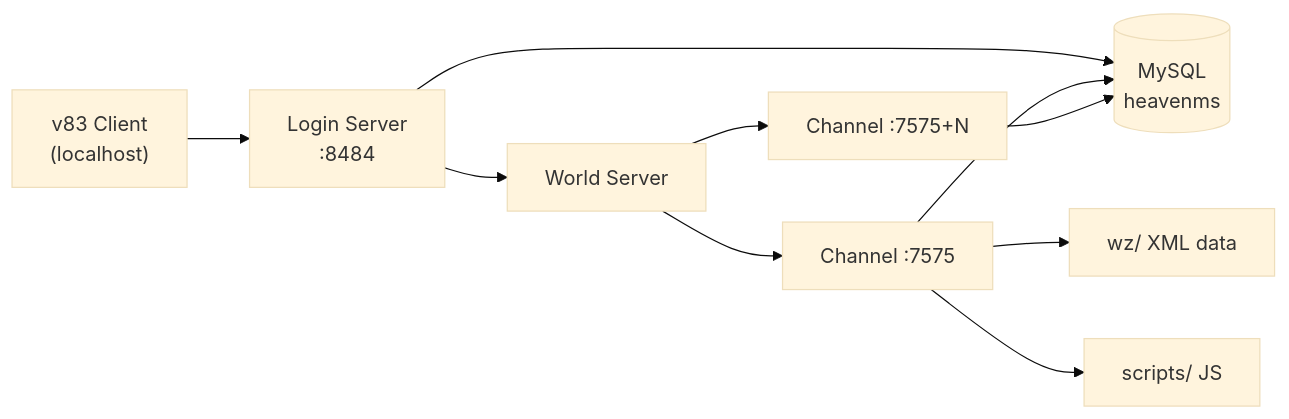
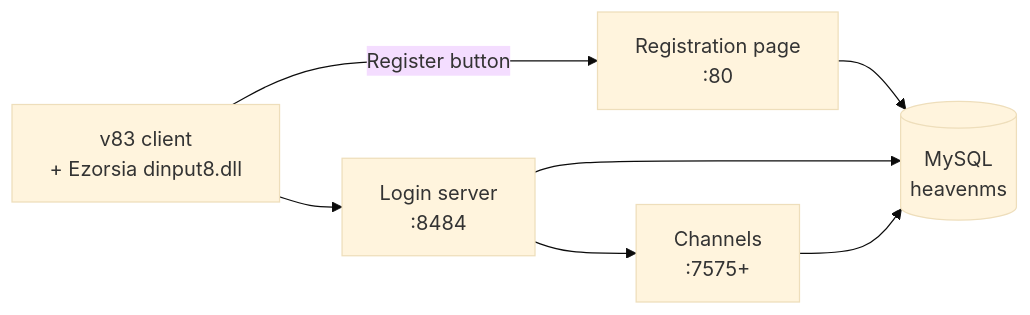
The diagram in README.md (coka13/RafaelMS), drawn with Mermaid (base theme) before and after one commit. The commit also changed other lines of this file, not shown here.

````diff
--- a/README.md
+++ b/README.md
@@ -364,21 +278,14 @@
 ```mermaid
 flowchart LR
-    Client["v83 Client\n(localhost)"]
-    Login["Login Server\n:8484"]
-    World["World Server"]
-    Ch1["Channel :7575"]
-    ChN["Channel :7575+N"]
-    DB[("MySQL\nheavenms")]
-    WZ["wz/ XML data"]
-    Scripts["scripts/ JS"]
+    Client["v83 client<br/>+ Ezorsia dinput8.dll"]
+    Web["Registration page<br/>:80"]
+    Login["Login server<br/>:8484"]
+    Ch["Channels<br/>:7575+"]
+    DB[("MySQL<br/>heavenms")]
 
-    Client --> Login
-    Login --> World
-    World --> Ch1
-    World --> ChN
+    Client -- Register button --> Web
+    Client --> Login --> Ch
+    Web --> DB
     Login --> DB
-    Ch1 --> DB
-    ChN --> DB
-    Ch1 --> WZ
-    Ch1 --> Scripts
+    Ch --> DB
 ```
````
